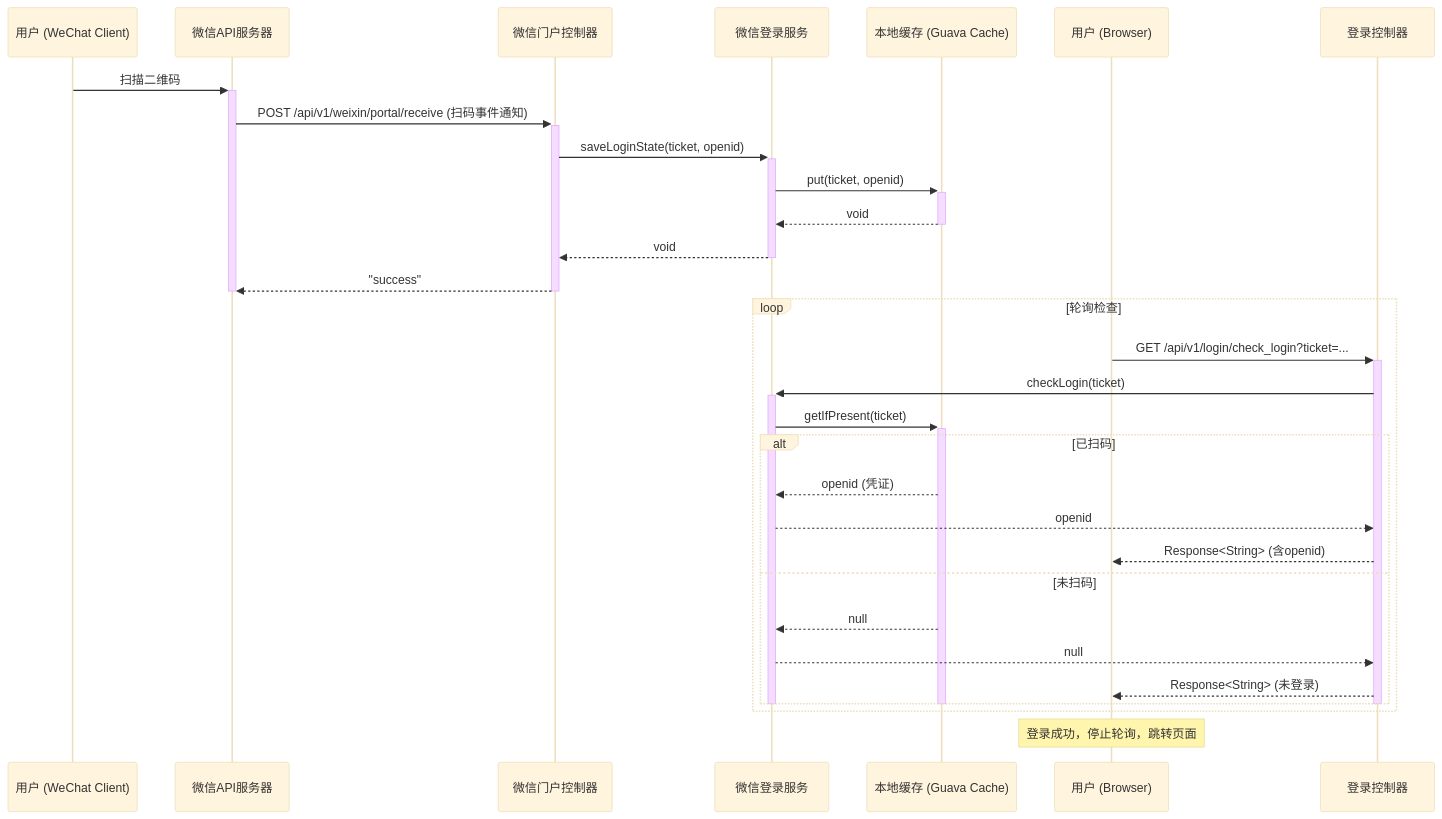
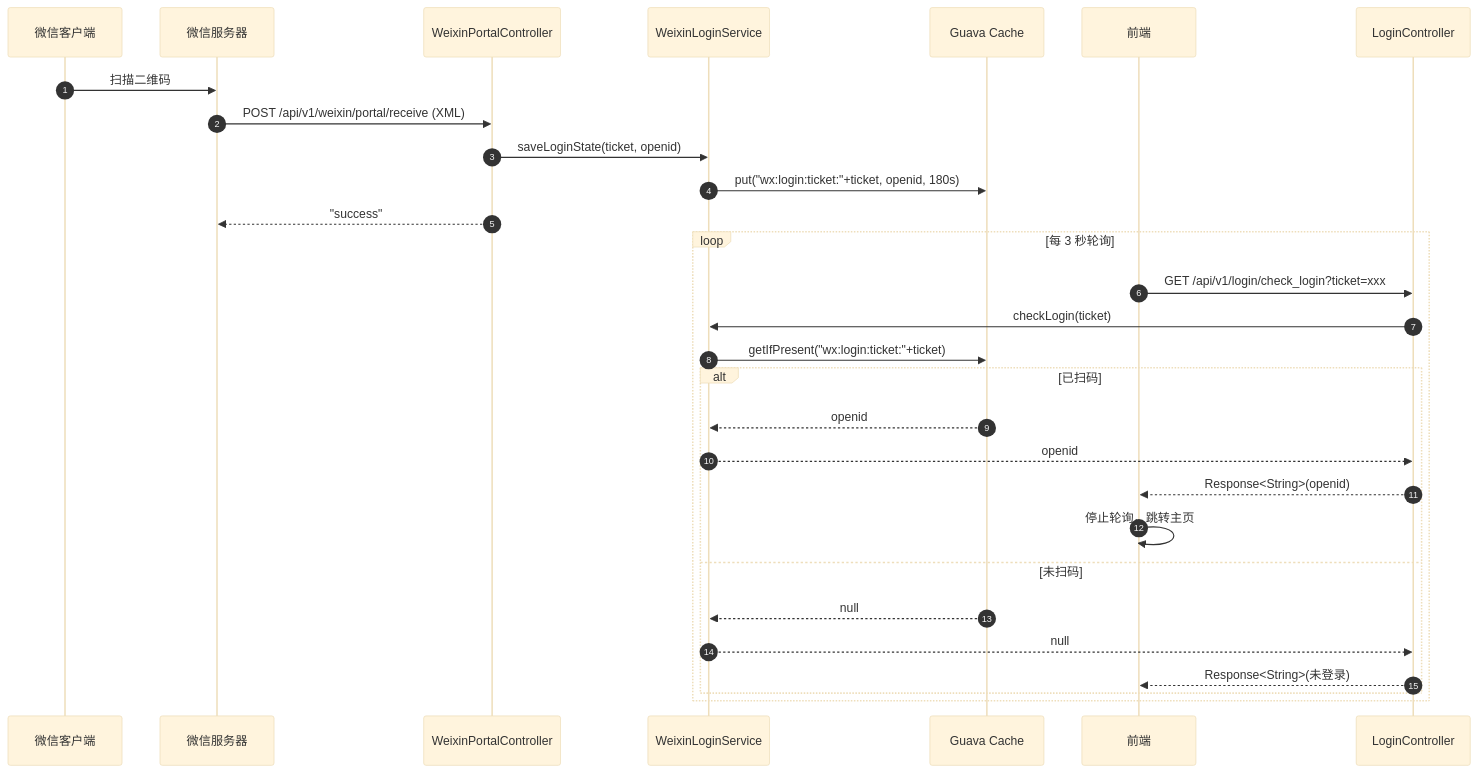
The second of 2 diagrams in docs/design/weixinLogin.md (sxlva/s-pay-mall), drawn with Mermaid (base theme) before and after one commit. The commit also changed other lines of this file and 114 other files, not shown here.

````diff
--- a/docs/design/weixinLogin.md
+++ b/docs/design/weixinLogin.md
@@ -57,39 +58,33 @@
 ```mermaid
 sequenceDiagram
-    participant User as 用户 (WeChat Client)
-    participant WeChatAPI as 微信API服务器
-    participant WeixinPortalController as 微信门户控制器
-    participant WeixinLoginService as 微信登录服务
-    participant Cache as 本地缓存 (Guava Cache)
-    participant Browser as 用户 (Browser)
-    participant LoginController as 登录控制器
+    autonumber
+    participant WX as 微信客户端
+    participant WXAPI as 微信服务器
+    participant Portal as WeixinPortalController
+    participant Service as WeixinLoginService
+    participant Cache as Guava Cache
+    participant F as 前端
+    participant C as LoginController
 
-    User->>+WeChatAPI: 扫描二维码
-    WeChatAPI->>+WeixinPortalController: POST /api/v1/weixin/portal/receive (扫码事件通知)
-    WeixinPortalController->>+WeixinLoginService: saveLoginState(ticket, openid)
-    WeixinLoginService->>+Cache: put(ticket, openid)
-    Cache-->>-WeixinLoginService: void
-    WeixinLoginService-->>-WeixinPortalController: void
-    WeixinPortalController-->>-WeChatAPI: "success"
-    deactivate WeChatAPI
+    WX->>WXAPI: 扫描二维码
+    WXAPI->>Portal: POST /api/v1/weixin/portal/receive (XML)
+    Portal->>Service: saveLoginState(ticket, openid)
+    Service->>Cache: put("wx:login:ticket:"+ticket, openid, 180s)
+    Portal-->>WXAPI: "success"
 
-    loop 轮询检查
-        Browser->>+LoginController: GET /api/v1/login/check_login?ticket=...
-        LoginController->>+WeixinLoginService: checkLogin(ticket)
-        WeixinLoginService->>+Cache: getIfPresent(ticket)
+    loop 每 3 秒轮询
+        F->>C: GET /api/v1/login/check_login?ticket=xxx
+        C->>Service: checkLogin(ticket)
+        Service->>Cache: getIfPresent("wx:login:ticket:"+ticket)
         alt 已扫码
-            Cache-->>WeixinLoginService: openid (凭证)
-            WeixinLoginService-->>LoginController: openid
-            LoginController-->>Browser: Response<String> (含openid)
+            Cache-->>Service: openid
+            Service-->>C: openid
+            C-->>F: Response<String>(openid)
+            F->>F: 停止轮询，跳转主页
         else 未扫码
-            Cache-->>WeixinLoginService: null
-            WeixinLoginService-->>LoginController: null
-            LoginController-->>Browser: Response<String> (未登录)
+            Cache-->>Service: null
+            Service-->>C: null
+            C-->>F: Response<String>(未登录)
         end
-        deactivate Cache
-        deactivate WeixinLoginService
-        deactivate LoginController
     end
-
-    Note over Browser: 登录成功，停止轮询，跳转页面
 ```
````
